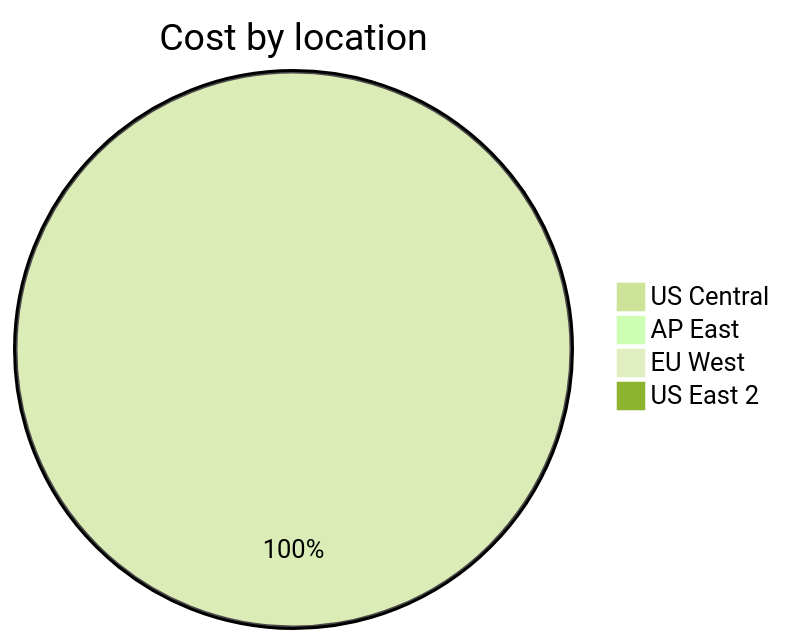
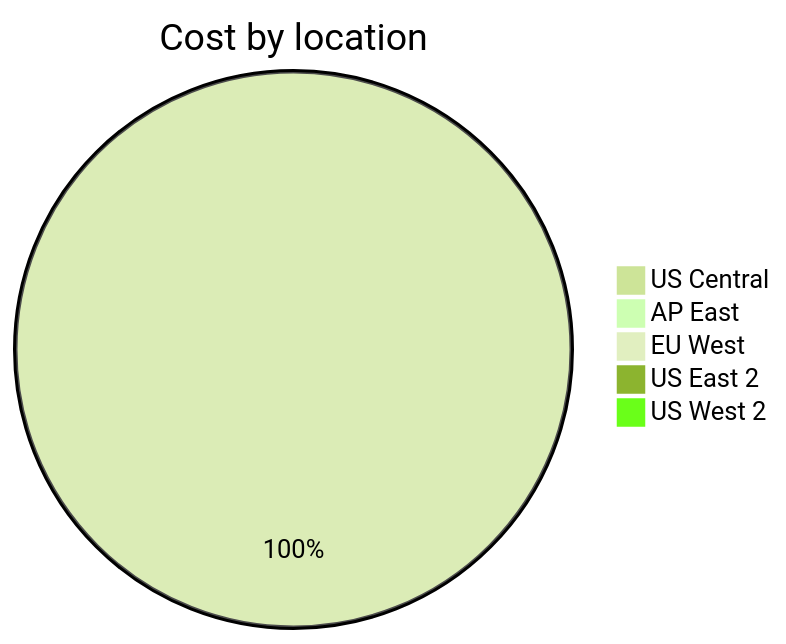
The third of 4 diagrams in cost-reports/personal-site/personal-site-preview.md (jpfulton/azure-personal-reports), drawn with Mermaid (forest theme) before and after one commit. The commit also changed other lines of this file and 6 other files, not shown here.

````diff
--- a/cost-reports/personal-site/personal-site-preview.md
+++ b/cost-reports/personal-site/personal-site-preview.md
@@ -108,8 +109,9 @@
 ```mermaid
 pie
    title Cost by location
-   "US Central" : 1.11
+   "US Central" : 1.45
    "AP East" : 0.00
    "EU West" : 0.00
    "US East 2" : 0.00
+   "US West 2" : 0.00
 ```
````
